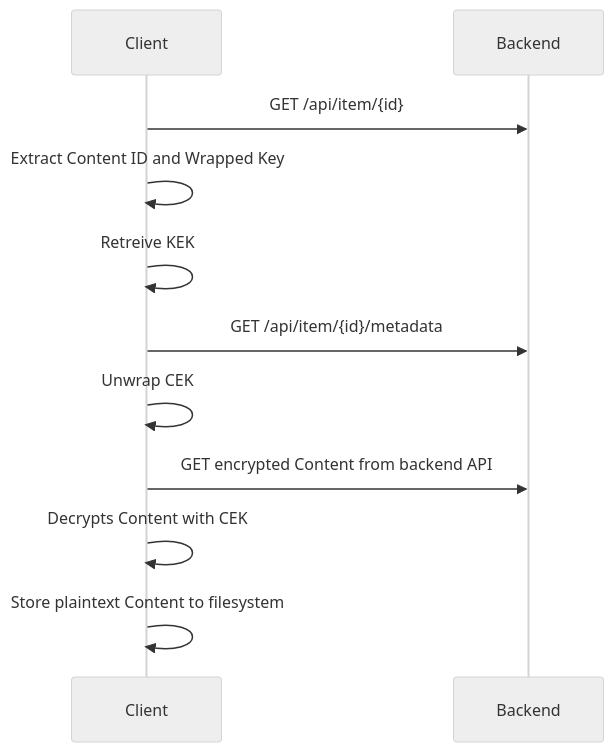
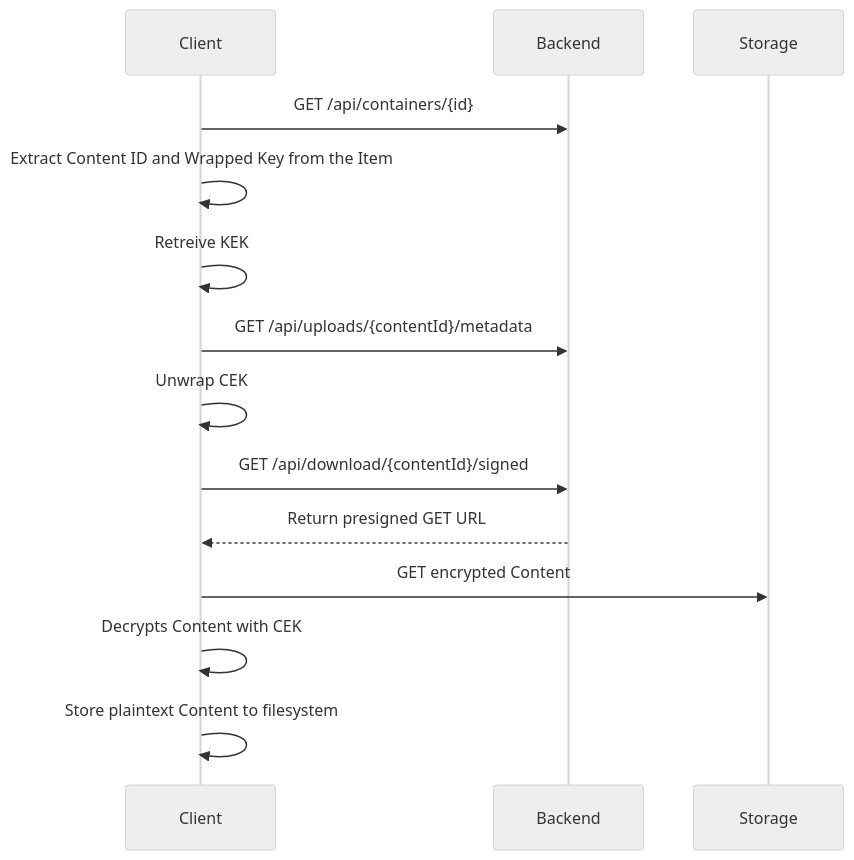
The fourth of 4 diagrams in packages/send/docs/EngDesignDoc.md (thunderbird/tbpro-add-on), drawn with Mermaid (neutral theme) before and after one commit. The commit also changed other lines of this file and 14 other files, not shown here.

````diff
--- a/packages/send/docs/EngDesignDoc.md
+++ b/packages/send/docs/EngDesignDoc.md
@@ -181,11 +190,13 @@
 ```mermaid
 sequenceDiagram
-Client ->> Backend: GET /api/item/{id}
-Client ->> Client: Extract Content ID and Wrapped Key
+Client ->> Backend: GET /api/containers/{id}
+Client ->> Client: Extract Content ID and Wrapped Key from the Item
 Client ->> Client: Retreive KEK
-Client ->> Backend: GET /api/item/{id}/metadata
+Client ->> Backend: GET /api/uploads/{contentId}/metadata
 Client ->> Client: Unwrap CEK
-Client ->> Backend: GET encrypted Content from backend API
+Client ->> Backend: GET /api/download/{contentId}/signed
+Backend -->> Client: Return presigned GET URL
+Client ->> Storage: GET encrypted Content
 Client ->> Client: Decrypts Content with CEK
 Client ->> Client: Store plaintext Content to filesystem
 ```
````
